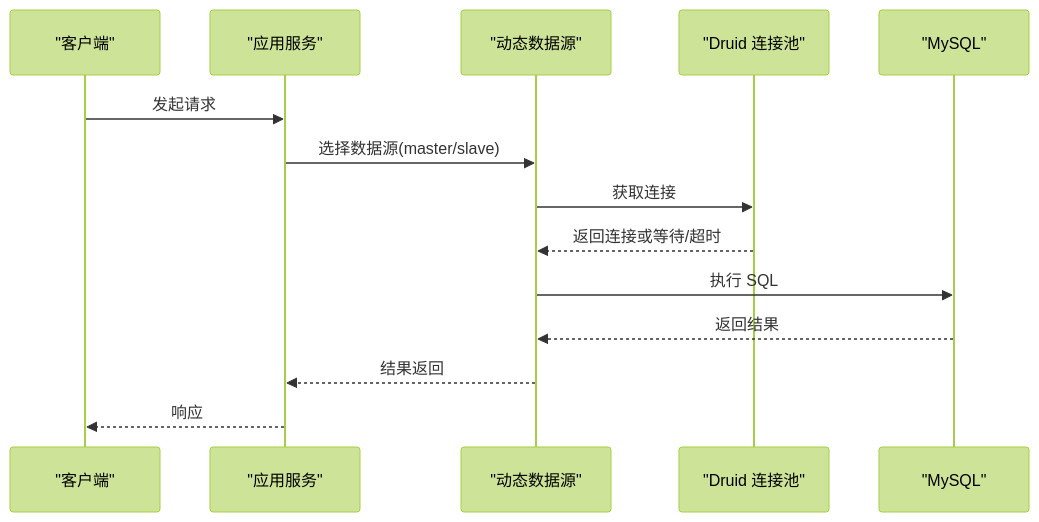
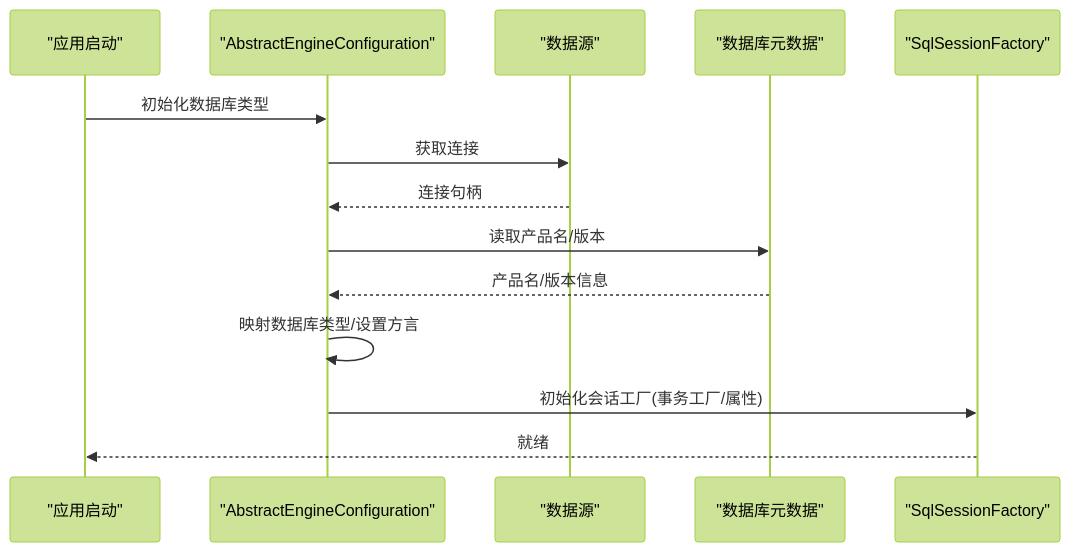
The second of 6 diagrams in .qoder/repowiki/zh/content/故障排查/数据库问题排查.md (xiaoche80s-tech/rouyi-vue-pro), drawn with Mermaid (forest theme) before and after one commit. The commit also changed other lines of this file and 840 other files, not shown here.

````diff
--- a/.qoder/repowiki/zh/content/故障排查/数据库问题排查.md
+++ b/.qoder/repowiki/zh/content/故障排查/数据库问题排查.md
@@ -97,16 +81,16 @@
 ```mermaid
 sequenceDiagram
-participant C as "客户端"
-participant A as "应用服务"
-participant D as "动态数据源"
-participant P as "Druid 连接池"
-participant DB as "MySQL"
-C->>A : 发起请求
-A->>D : 选择数据源(master/slave)
-D->>P : 获取连接
-P-->>D : 返回连接或等待/超时
-D->>DB : 执行 SQL
-DB-->>D : 返回结果
-D-->>A : 结果返回
-A-->>C : 响应
+participant App as "应用启动"
+participant Cfg as "AbstractEngineConfiguration"
+participant DS as "数据源"
+participant DBMeta as "数据库元数据"
+participant MyBatis as "SqlSessionFactory"
+App->>Cfg : 初始化数据库类型
+Cfg->>DS : 获取连接
+DS-->>Cfg : 连接句柄
+Cfg->>DBMeta : 读取产品名/版本
+DBMeta-->>Cfg : 产品名/版本信息
+Cfg->>Cfg : 映射数据库类型/设置方言
+Cfg->>MyBatis : 初始化会话工厂(事务工厂/属性)
+MyBatis-->>App : 就绪
 ```
````
